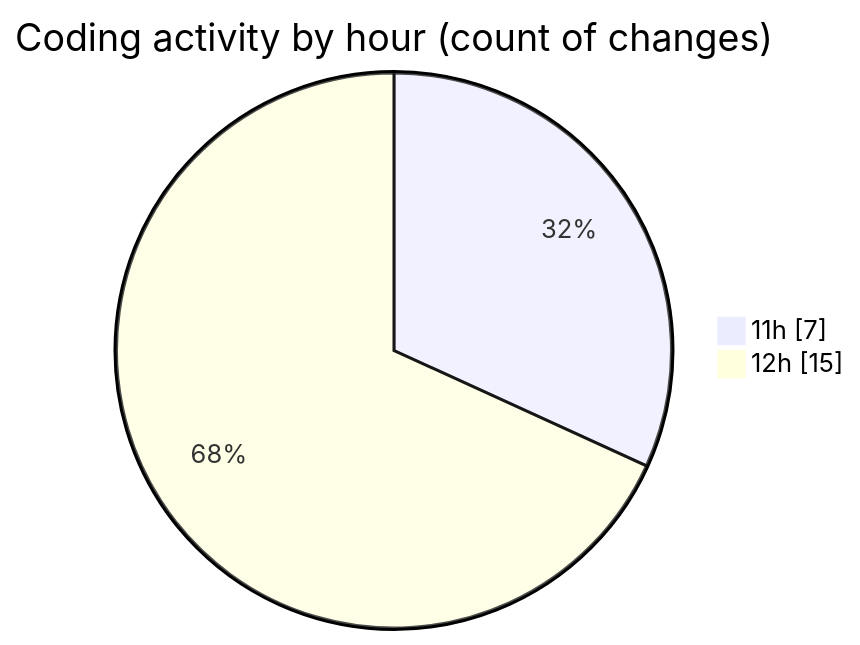
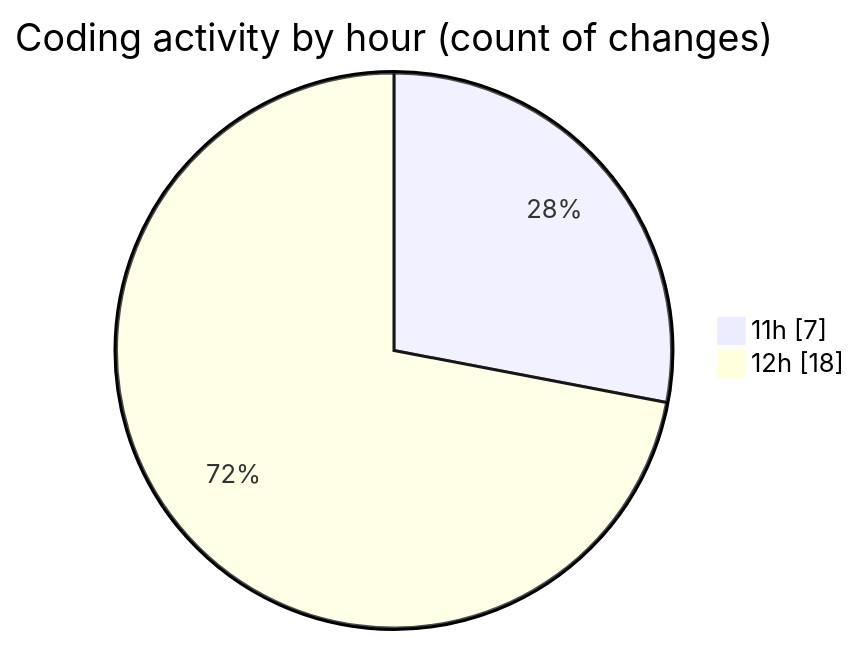
The second of 2 diagrams in 2025-09-25/nxtqube_webapp/README.md (nxtqubesakshisongat/code-tracking), drawn with Mermaid before and after one commit. The commit also changed other lines of this file and 1 other file, not shown here.

````diff
--- a/2025-09-25/nxtqube_webapp/README.md
+++ b/2025-09-25/nxtqube_webapp/README.md
@@ -28,6 +29,6 @@
 ```mermaid
 pie showData
 title Coding activity by hour (count of changes)
 "11h" : 7
-"12h" : 15
+"12h" : 18
 ```
````
